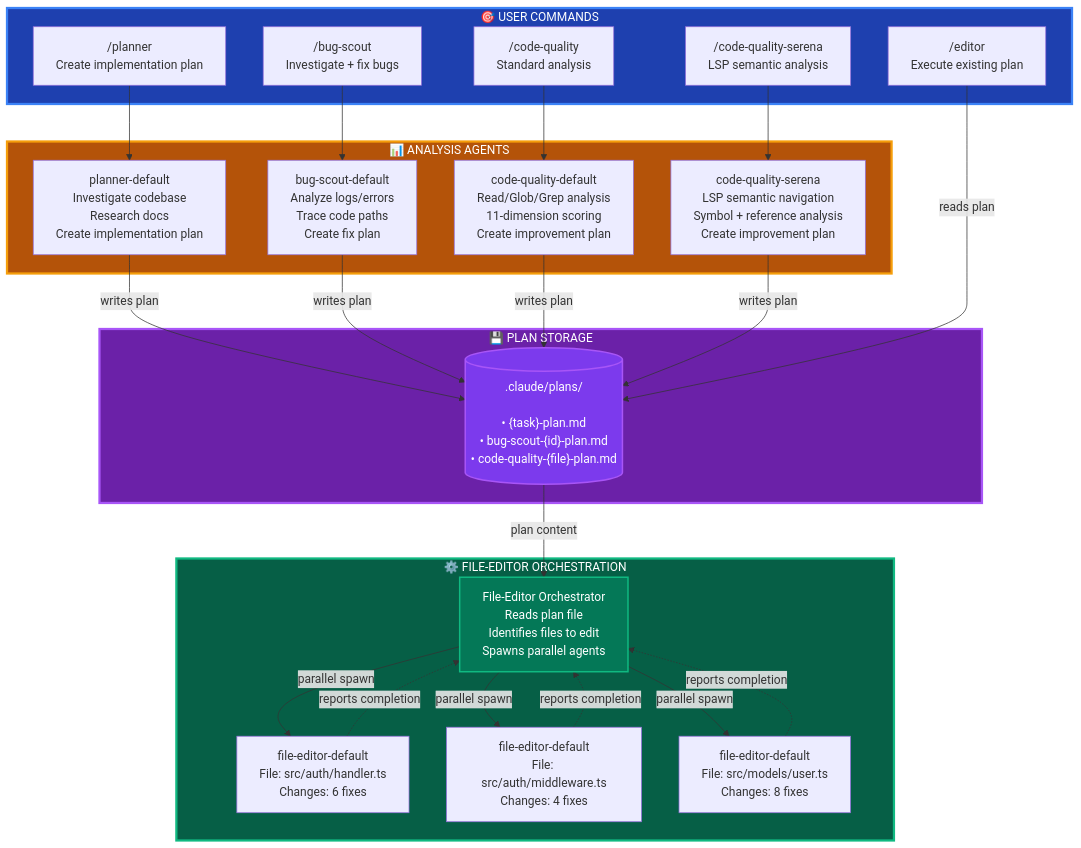
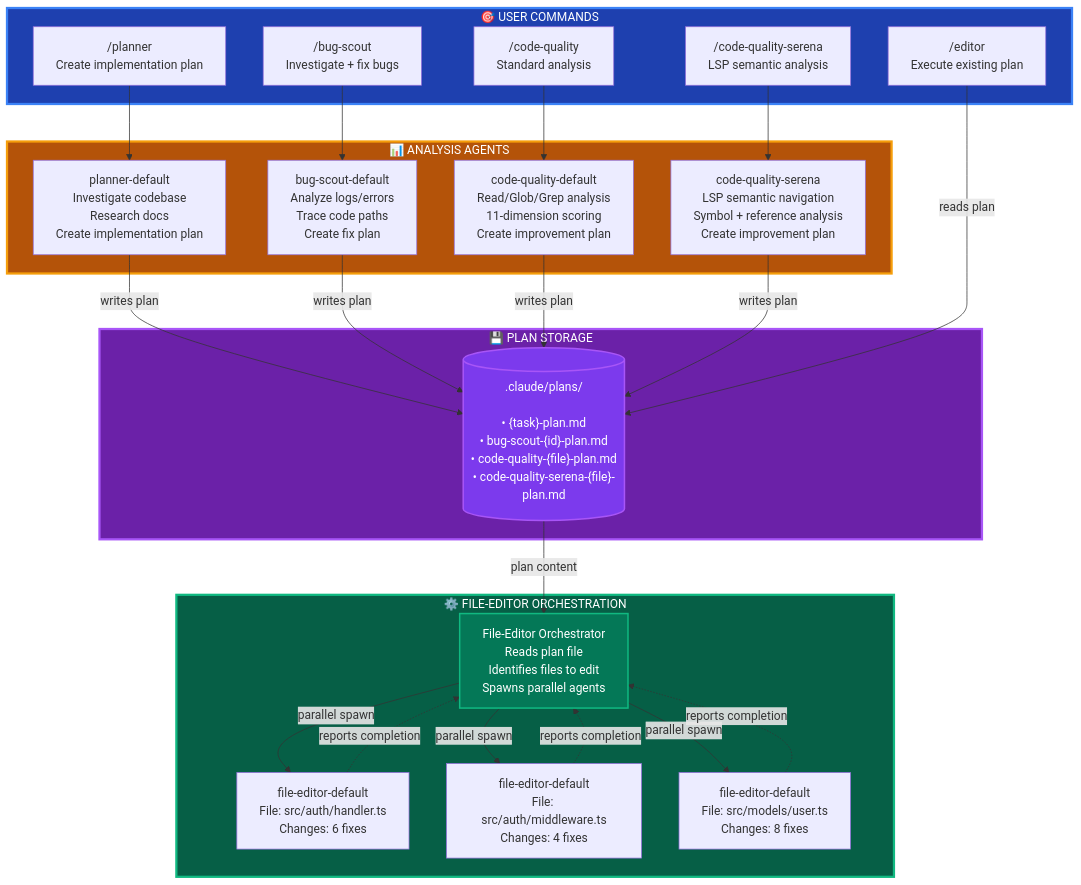
The first of 2 diagrams in README.md (GantisStorm/essentials-claude-code), drawn with Mermaid before and after one commit. The commit also changed other lines of this file and 2 other files, not shown here.

First line of the commit message:
Add -serena suffix to code-quality-serena plan file names

````diff
--- a/README.md
+++ b/README.md
@@ -9,56 +9,56 @@
 ```mermaid
 flowchart TD
     subgraph commands["🎯 USER COMMANDS"]
         planner_cmd["/planner<br/>Create implementation plan"]
         editor_cmd["/editor<br/>Execute existing plan"]
         bug_cmd["/bug-scout<br/>Investigate + fix bugs"]
         quality_cmd["/code-quality<br/>Standard analysis"]
         serena_cmd["/code-quality-serena<br/>LSP semantic analysis"]
     end
 
     subgraph analysis["📊 ANALYSIS AGENTS"]
         planner_agent["planner-default<br/>Investigate codebase<br/>Research docs<br/>Create implementation plan"]
         bug_agent["bug-scout-default<br/>Analyze logs/errors<br/>Trace code paths<br/>Create fix plan"]
         quality_agent["code-quality-default<br/>Read/Glob/Grep analysis<br/>11-dimension scoring<br/>Create improvement plan"]
         serena_agent["code-quality-serena<br/>LSP semantic navigation<br/>Symbol + reference analysis<br/>Create improvement plan"]
     end
 
     subgraph storage["💾 PLAN STORAGE"]
-        plans[(".claude/plans/<br/><br/>• {task}-plan.md<br/>• bug-scout-{id}-plan.md<br/>• code-quality-{file}-plan.md")]
+        plans[(".claude/plans/<br/><br/>• {task}-plan.md<br/>• bug-scout-{id}-plan.md<br/>• code-quality-{file}-plan.md<br/>• code-quality-serena-{file}-plan.md")]
     end
 
     subgraph execution["⚙️ FILE-EDITOR ORCHESTRATION"]
         orchestrator["File-Editor Orchestrator<br/>Reads plan file<br/>Identifies files to edit<br/>Spawns parallel agents"]
         editor1["file-editor-default<br/>File: src/auth/handler.ts<br/>Changes: 6 fixes"]
         editor2["file-editor-default<br/>File: src/auth/middleware.ts<br/>Changes: 4 fixes"]
         editor3["file-editor-default<br/>File: src/models/user.ts<br/>Changes: 8 fixes"]
     end
 
     planner_cmd --> planner_agent
     bug_cmd --> bug_agent
     quality_cmd --> quality_agent
     serena_cmd --> serena_agent
 
     planner_agent -->|"writes plan"| plans
     bug_agent -->|"writes plan"| plans
     quality_agent -->|"writes plan"| plans
     serena_agent -->|"writes plan"| plans
 
     editor_cmd -->|"reads plan"| plans
     plans -->|"plan content"| orchestrator
 
     orchestrator -->|"parallel spawn"| editor1
     orchestrator -->|"parallel spawn"| editor2
     orchestrator -->|"parallel spawn"| editor3
 
     editor1 -.->|"reports completion"| orchestrator
     editor2 -.->|"reports completion"| orchestrator
     editor3 -.->|"reports completion"| orchestrator
 
     style commands fill:#1e40af,stroke:#3b82f6,stroke-width:3px,color:#fff
     style analysis fill:#b45309,stroke:#f59e0b,stroke-width:3px,color:#fff
     style storage fill:#6b21a8,stroke:#a855f7,stroke-width:3px,color:#fff
     style execution fill:#065f46,stroke:#10b981,stroke-width:3px,color:#fff
     style orchestrator fill:#047857,stroke:#10b981,stroke-width:2px,color:#fff
     style plans fill:#7c3aed,stroke:#a855f7,stroke-width:2px,color:#fff
 ```
````
